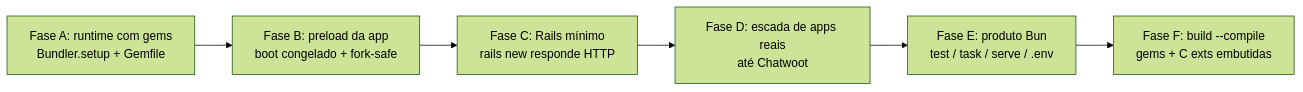
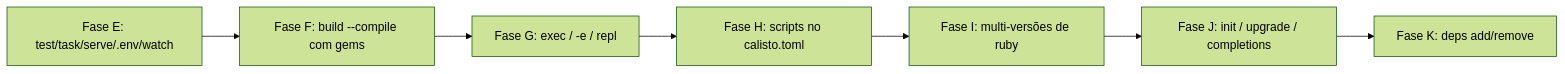
The diagram in ROADMAP.md (felipebrgs1/ruby-rust), drawn with Mermaid (forest theme) before and after one commit. The commit also changed other lines of this file and 1 other file, not shown here.

First line of the commit message:
roadmap: Bun por inteiro (Fases E-K), removidas as fases concluidas

````diff
--- a/ROADMAP.md
+++ b/ROADMAP.md
@@ -23,8 +9,9 @@
 ```mermaid
 graph LR
-    A[Fase A: runtime com gems<br/>Bundler.setup + Gemfile] --> B[Fase B: preload da app<br/>boot congelado + fork-safe]
-    B --> C[Fase C: Rails mínimo<br/>rails new responde HTTP]
-    C --> D[Fase D: escada de apps reais<br/>até Chatwoot]
-    D --> E[Fase E: produto Bun<br/>test / task / serve / .env]
-    E --> F[Fase F: build --compile<br/>gems + C exts embutidas]
+    E[Fase E: test/task/serve/.env/watch] --> F[Fase F: build --compile com gems]
+    F --> G[Fase G: exec / -e / repl]
+    G --> H[Fase H: scripts no calisto.toml]
+    H --> I[Fase I: multi-versões de ruby]
+    I --> J[Fase J: init / upgrade / completions]
+    J --> K[Fase K: deps add/remove]
 ```
````
